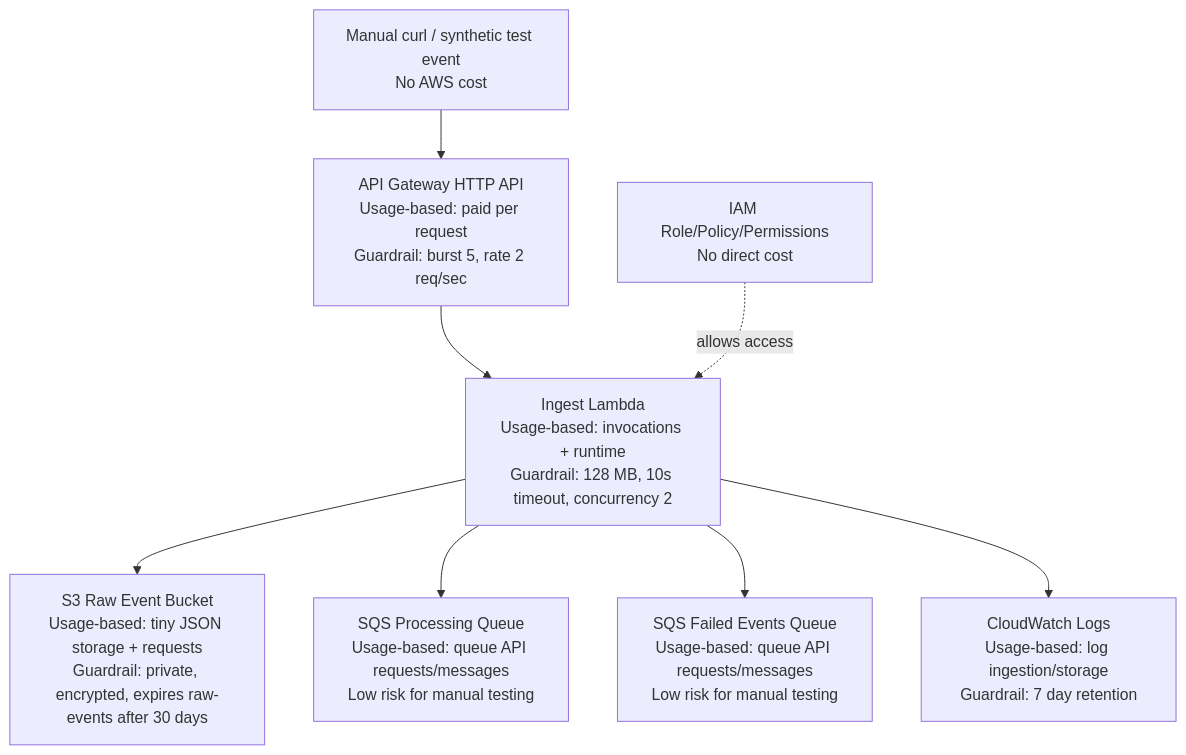
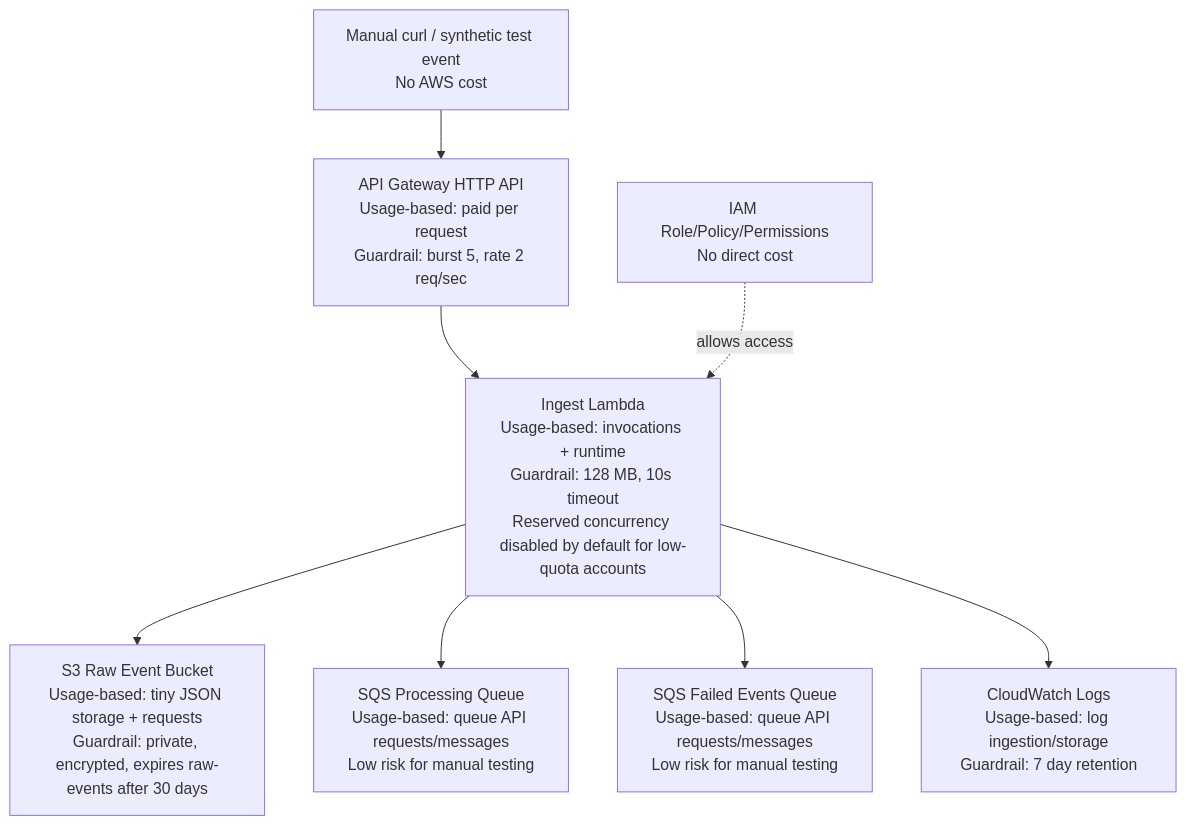
Before and after one commit to hassannauman123/diagnostic-imaging-reconciliation-platform: the diagram in docs/phase-3-cost-guardrails.md, drawn with Mermaid. The commit also changed other lines of this file and 4 other files, not shown here.

Commit message:
Disable Lambda reserved concurrency by default

````diff
--- a/docs/phase-3-cost-guardrails.md
+++ b/docs/phase-3-cost-guardrails.md
@@ -11,26 +11,26 @@
 ```mermaid
 flowchart TD
     Client["Manual curl / synthetic test event<br/>No AWS cost"]
 
     Api["API Gateway HTTP API<br/>Usage-based: paid per request<br/>Guardrail: burst 5, rate 2 req/sec"]
 
-    Lambda["Ingest Lambda<br/>Usage-based: invocations + runtime<br/>Guardrail: 128 MB, 10s timeout, concurrency 2"]
+    Lambda["Ingest Lambda<br/>Usage-based: invocations + runtime<br/>Guardrail: 128 MB, 10s timeout<br/>Reserved concurrency disabled by default for low-quota accounts"]
 
     S3["S3 Raw Event Bucket<br/>Usage-based: tiny JSON storage + requests<br/>Guardrail: private, encrypted, expires raw-events after 30 days"]
 
     SQSMain["SQS Processing Queue<br/>Usage-based: queue API requests/messages<br/>Low risk for manual testing"]
 
     SQSFailed["SQS Failed Events Queue<br/>Usage-based: queue API requests/messages<br/>Low risk for manual testing"]
 
     Logs["CloudWatch Logs<br/>Usage-based: log ingestion/storage<br/>Guardrail: 7 day retention"]
 
     IAM["IAM Role/Policy/Permissions<br/>No direct cost"]
 
     Client --> Api
     Api --> Lambda
     Lambda --> S3
     Lambda --> SQSMain
     Lambda --> SQSFailed
     Lambda --> Logs
     IAM -. "allows access" .-> Lambda
 ```
````
